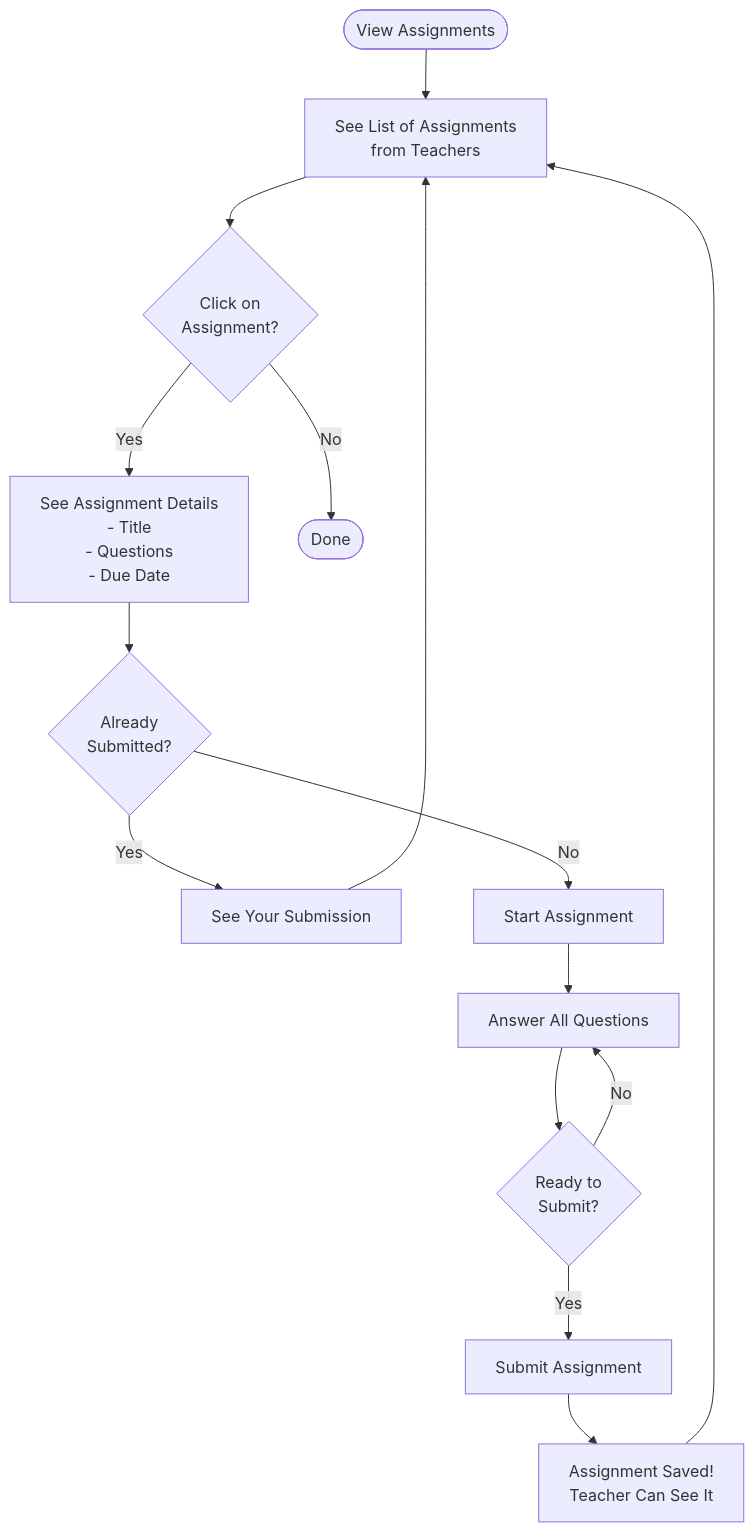
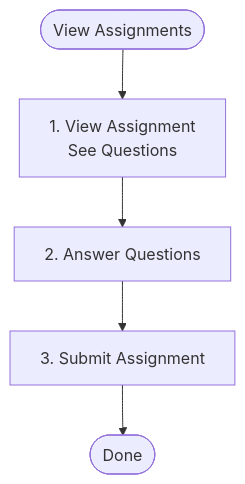
Before and after one commit to Prajwalb0208/SchoolSystem: the third of 3 diagrams in docs/STUDENT_FLOWCHART.md, drawn with Mermaid. The commit also changed other lines of this file and 4 other files, not shown here.

Commit message:
flowchart

````diff
--- a/docs/STUDENT_FLOWCHART.md
+++ b/docs/STUDENT_FLOWCHART.md
@@ -108,19 +25,7 @@
 ```mermaid
 flowchart TD
-    Start([View Assignments]) --> SeeList[See List of Assignments<br/>from Teachers]
-    SeeList --> Select{Click on<br/>Assignment?}
-    Select -->|Yes| ViewDetails[See Assignment Details<br/>- Title<br/>- Questions<br/>- Due Date]
-    Select -->|No| End([Done])
-    
-    ViewDetails --> Check{Already<br/>Submitted?}
-    Check -->|Yes| ViewOld[See Your Submission]
-    Check -->|No| StartNow[Start Assignment]
-    
-    StartNow --> Answer[Answer All Questions]
-    Answer --> Submit{Ready to<br/>Submit?}
-    Submit -->|No| Answer
-    Submit -->|Yes| Send[Submit Assignment]
-    Send --> Saved[Assignment Saved!<br/>Teacher Can See It]
-    Saved --> SeeList
-    ViewOld --> SeeList
+    Start([View Assignments]) --> View[1. View Assignment<br/>See Questions]
+    View --> Answer[2. Answer Questions]
+    Answer --> Submit[3. Submit Assignment]
+    Submit --> End([Done])
 ```
````
